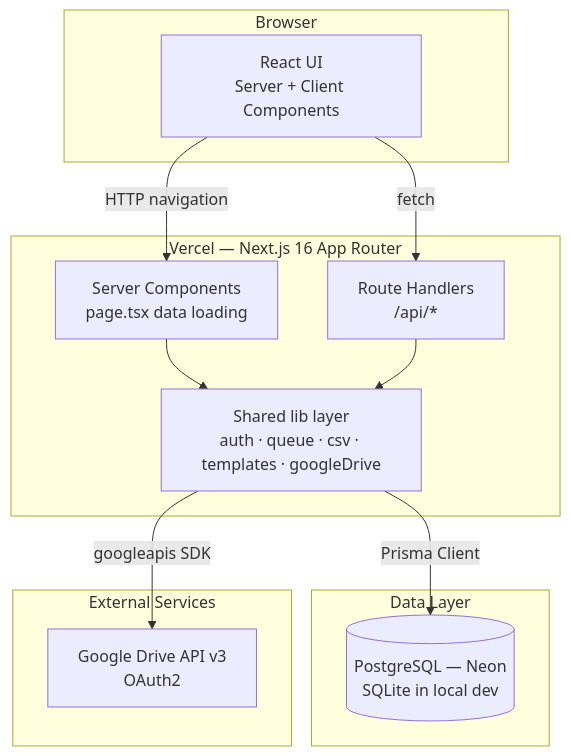
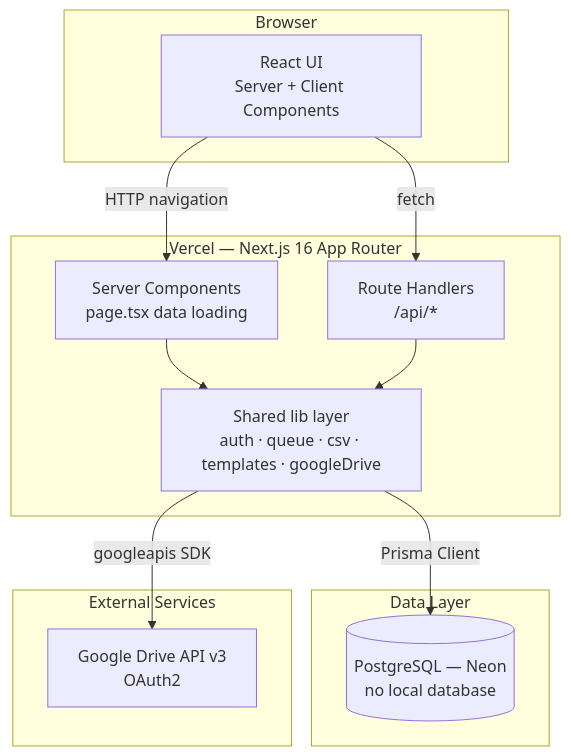
Before and after one commit to ARULKINT/rowdesk: the first of 7 diagrams in docs/03-system-architecture.md, drawn with Mermaid. The commit also changed other lines of this file and 28 other files, not shown here.

````diff
--- a/docs/03-system-architecture.md
+++ b/docs/03-system-architecture.md
@@ -9,27 +9,27 @@
 ```mermaid
 graph TB
     subgraph Client["Browser"]
         UI[React UI<br/>Server + Client Components]
     end
 
     subgraph Vercel["Vercel — Next.js 16 App Router"]
         RSC[Server Components<br/>page.tsx data loading]
         API[Route Handlers<br/>/api/*]
         Lib[Shared lib layer<br/>auth · queue · csv · templates · googleDrive]
     end
 
     subgraph Data["Data Layer"]
-        DB[(PostgreSQL — Neon<br/>SQLite in local dev)]
+        DB[(PostgreSQL — Neon<br/>no local database)]
     end
 
     subgraph External["External Services"]
         Google[Google Drive API v3<br/>OAuth2]
     end
 
     UI -->|HTTP navigation| RSC
     UI -->|fetch| API
     RSC --> Lib
     API --> Lib
     Lib -->|Prisma Client| DB
     Lib -->|googleapis SDK| Google
 ```
````
